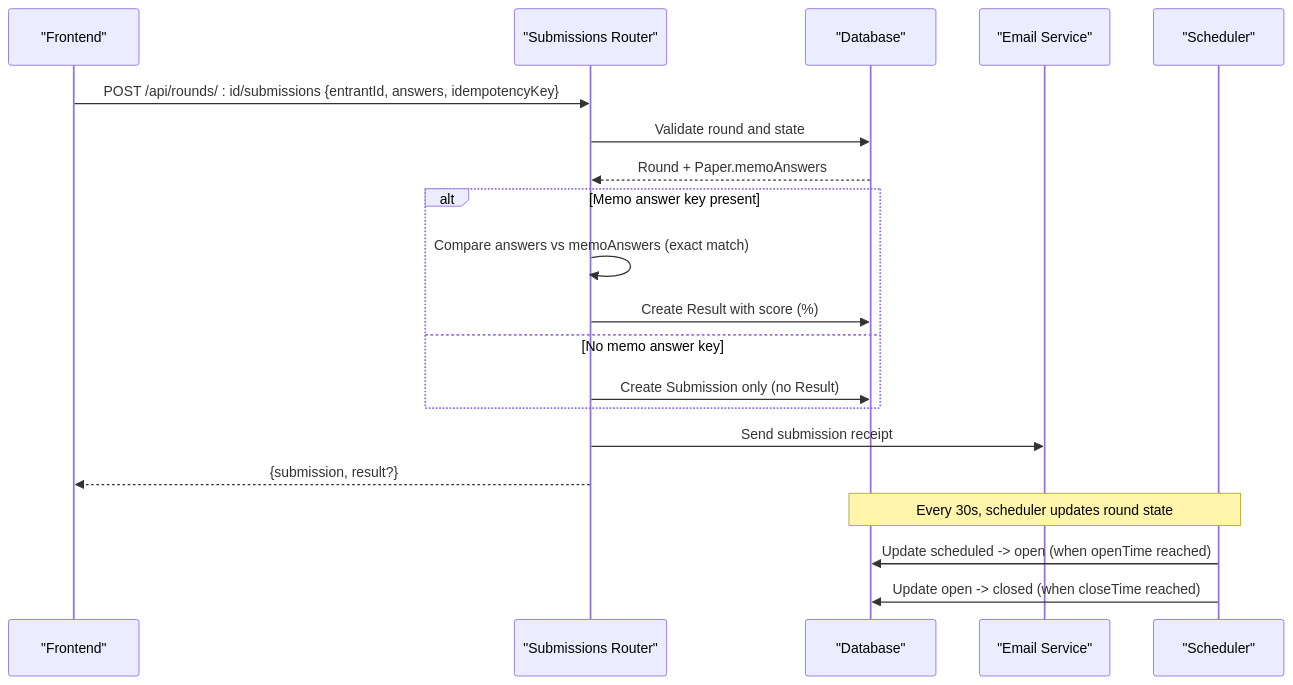
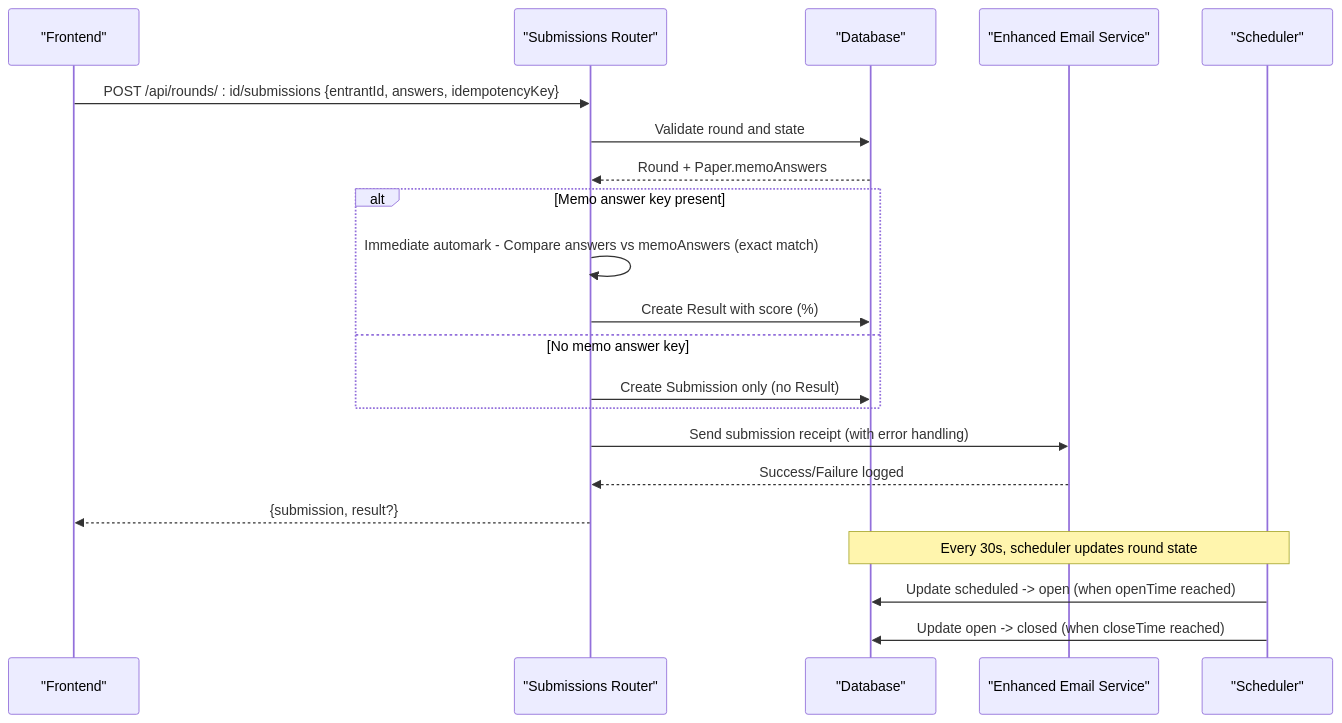
The second of 8 diagrams in .qoder/repowiki/en/content/Results & Scoring/Automated Scoring Engine.md (ZandileMkontwana/olympiad-portal), drawn with Mermaid before and after one commit. The commit also changed other lines of this file and 43 other files, not shown here.

````diff
--- a/.qoder/repowiki/en/content/Results & Scoring/Automated Scoring Engine.md
+++ b/.qoder/repowiki/en/content/Results & Scoring/Automated Scoring Engine.md
@@ -99,22 +111,23 @@
 ```mermaid
 sequenceDiagram
 participant FE as "Frontend"
 participant API as "Submissions Router"
 participant DB as "Database"
-participant Mail as "Email Service"
+participant Mail as "Enhanced Email Service"
 participant SCH as "Scheduler"
 FE->>API : POST /api/rounds/ : id/submissions {entrantId, answers, idempotencyKey}
 API->>DB : Validate round and state
 DB-->>API : Round + Paper.memoAnswers
 alt Memo answer key present
-API->>API : Compare answers vs memoAnswers (exact match)
+API->>API : Immediate automark - Compare answers vs memoAnswers (exact match)
 API->>DB : Create Result with score (%)
 else No memo answer key
 API->>DB : Create Submission only (no Result)
 end
-API->>Mail : Send submission receipt
+API->>Mail : Send submission receipt (with error handling)
+Mail-->>API : Success/Failure logged
 API-->>FE : {submission, result?}
 Note over SCH,DB : Every 30s, scheduler updates round state
 SCH->>DB : Update scheduled -> open (when openTime reached)
 SCH->>DB : Update open -> closed (when closeTime reached)
 ```
````
